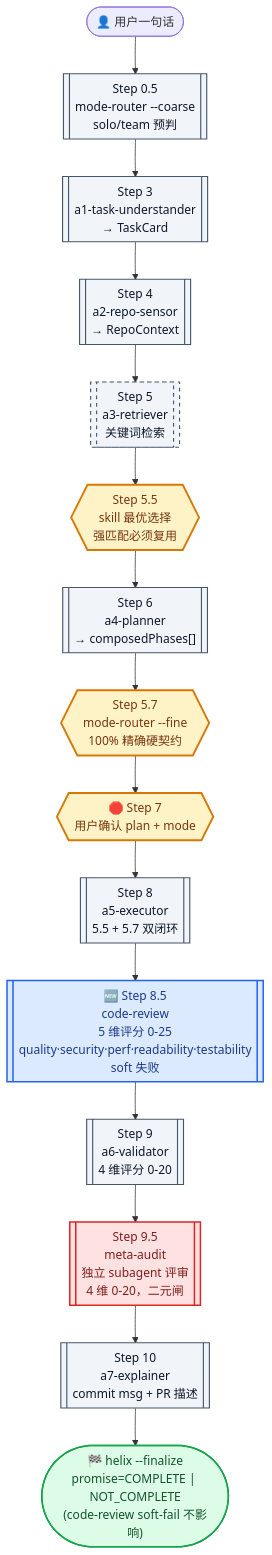
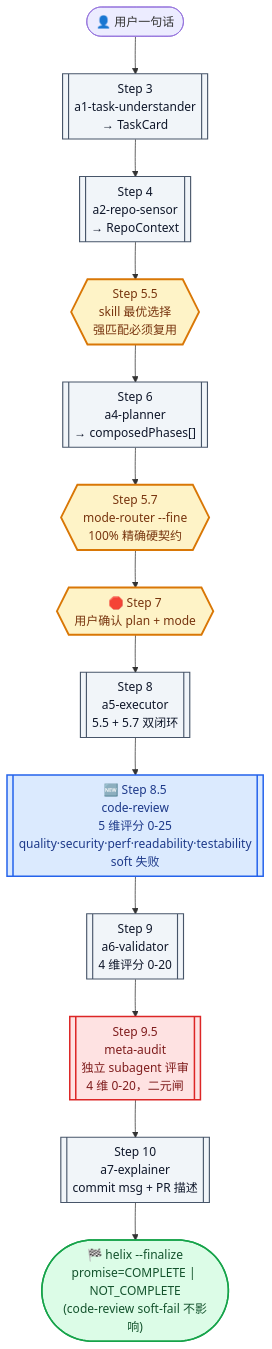
One commit to Alex-nx-netizen/Alex-harness changed the second of 6 diagrams in README.md. Above: the diagram before and after it, drawn with Mermaid. The commit also changed other lines of this file and 40 other files, not shown here.

````diff
--- a/README.md
+++ b/README.md
@@ -72,41 +78,36 @@
 ```mermaid
 flowchart TD
     classDef phase fill:#f1f5f9,stroke:#475569,stroke-width:1.5px,color:#0f172a
     classDef gate fill:#fef3c7,stroke:#d97706,stroke-width:2.5px,color:#78350f
     classDef review fill:#dbeafe,stroke:#2563eb,stroke-width:2px,color:#1e3a8a
     classDef audit fill:#fee2e2,stroke:#dc2626,stroke-width:2px,color:#7f1d1d
     classDef done fill:#dcfce7,stroke:#16a34a,stroke-width:2px,color:#14532d
     classDef optional stroke-dasharray:5 5
 
     USER([👤 用户一句话])
-    USER --> S0
+    USER --> S3
 
-    S0[["Step 0.5<br/>mode-router --coarse<br/>solo/team 预判"]]:::phase
-    S0 --> S3
     S3[["Step 3<br/>a1-task-understander<br/>→ TaskCard"]]:::phase
     S3 --> S4
     S4[["Step 4<br/>a2-repo-sensor<br/>→ RepoContext"]]:::phase
-    S4 --> S5
-    S5[["Step 5<br/>a3-retriever<br/>关键词检索"]]:::phase
-    S5:::optional
-    S5 --> S55
+    S4 --> S55
     S55{{"Step 5.5<br/>skill 最优选择<br/>强匹配必须复用"}}:::gate
     S55 --> S6
     S6[["Step 6<br/>a4-planner<br/>→ composedPhases[]"]]:::phase
     S6 --> S57
     S57{{"Step 5.7<br/>mode-router --fine<br/>100% 精确硬契约"}}:::gate
     S57 --> S7
     S7{{"🛑 Step 7<br/>用户确认 plan + mode"}}:::gate
     S7 --> S8
     S8[["Step 8<br/>a5-executor<br/>5.5 + 5.7 双闭环"]]:::phase
     S8 --> S85
     S85[["🆕 Step 8.5<br/>code-review<br/>5 维评分 0-25<br/>quality·security·perf·readability·testability<br/>soft 失败"]]:::review
     S85 --> S9
     S9[["Step 9<br/>a6-validator<br/>4 维评分 0-20"]]:::phase
     S9 --> S95
     S95[["Step 9.5<br/>meta-audit<br/>独立 subagent 评审<br/>4 维 0-20，二元闸"]]:::audit
     S95 --> S10
     S10[["Step 10<br/>a7-explainer<br/>commit msg + PR 描述"]]:::phase
     S10 --> FIN
     FIN(["🏁 helix --finalize<br/>promise=COMPLETE | NOT_COMPLETE<br/>(code-review soft-fail 不影响)"]):::done
 ```
````
